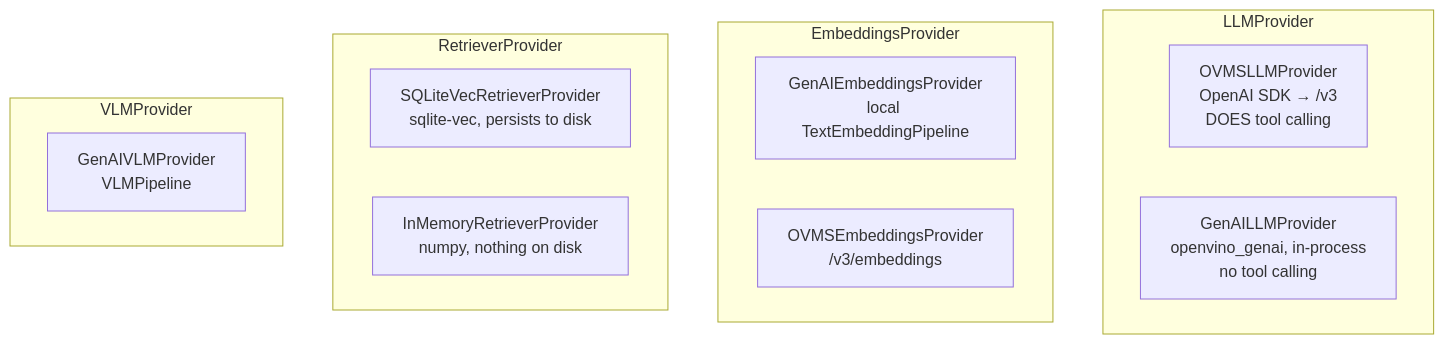
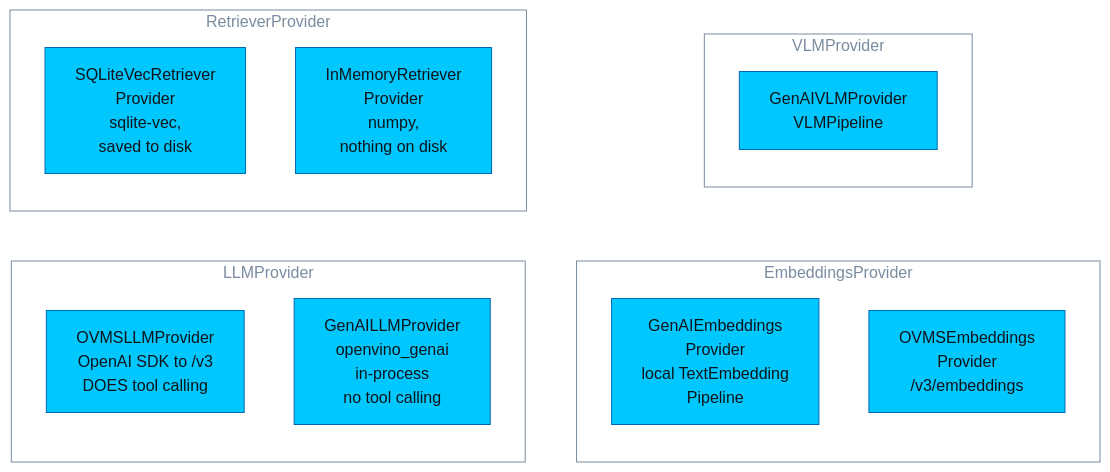
One commit to Lagmator22/ovat changed the fourth of 11 diagrams in docs/ARCHITECTURE.md. Above: the diagram before and after it, drawn with Mermaid. The commit also changed other lines of this file and 1 other file, not shown here.

First line of the commit message:
docs: colour the Mermaid diagrams and fix labels that were cut off

````diff
--- a/docs/ARCHITECTURE.md
+++ b/docs/ARCHITECTURE.md
@@ -317,18 +357,27 @@
 ```mermaid
-flowchart TD
+%%{init: {"theme": "base", "themeVariables": {"primaryColor": "#D0D7DE", "primaryTextColor": "#1F2328", "primaryBorderColor": "#8C959F", "lineColor": "#8C959F", "textColor": "#1F2328", "edgeLabelBackground": "#D0D7DE", "clusterBkg": "transparent", "clusterBorder": "#7A8CA0", "titleColor": "#7A8CA0"}}}%%
+flowchart LR
     subgraph LLM ["LLMProvider"]
-        OVMSLLM["OVMSLLMProvider<br/>OpenAI SDK → /v3<br/>DOES tool calling"]
-        GenAILLM["GenAILLMProvider<br/>openvino_genai, in-process<br/>no tool calling"]
+        OVMSLLM["OVMSLLMProvider<br/>OpenAI SDK to /v3<br/>DOES tool calling"]
+        GenAILLM["GenAILLMProvider<br/>openvino_genai<br/>in-process<br/>no tool calling"]
     end
     subgraph Emb ["EmbeddingsProvider"]
-        GenAIEmb["GenAIEmbeddingsProvider<br/>local TextEmbeddingPipeline"]
-        OVMSEmb["OVMSEmbeddingsProvider<br/>/v3/embeddings"]
+        GenAIEmb["GenAIEmbeddings<br/>Provider<br/>local TextEmbedding<br/>Pipeline"]
+        OVMSEmb["OVMSEmbeddings<br/>Provider<br/>/v3/embeddings"]
     end
     subgraph Ret ["RetrieverProvider"]
-        SQLite["SQLiteVecRetrieverProvider<br/>sqlite-vec, persists to disk"]
-        Memory["InMemoryRetrieverProvider<br/>numpy, nothing on disk"]
+        SQLite["SQLiteVecRetriever<br/>Provider<br/>sqlite-vec,<br/>saved to disk"]
+        Memory["InMemoryRetriever<br/>Provider<br/>numpy,<br/>nothing on disk"]
     end
     subgraph VLM ["VLMProvider"]
         GenAIVLM["GenAIVLMProvider<br/>VLMPipeline"]
     end
+
+    LLM ~~~ Emb
+    Ret ~~~ VLM
+
+    classDef backend fill:#00C7FD,stroke:#0068B5,color:#0F141A
+    class OVMSLLM,OVMSEmb backend
+    class GenAILLM,GenAIEmb,GenAIVLM backend
+    class SQLite,Memory backend
 ```
````
